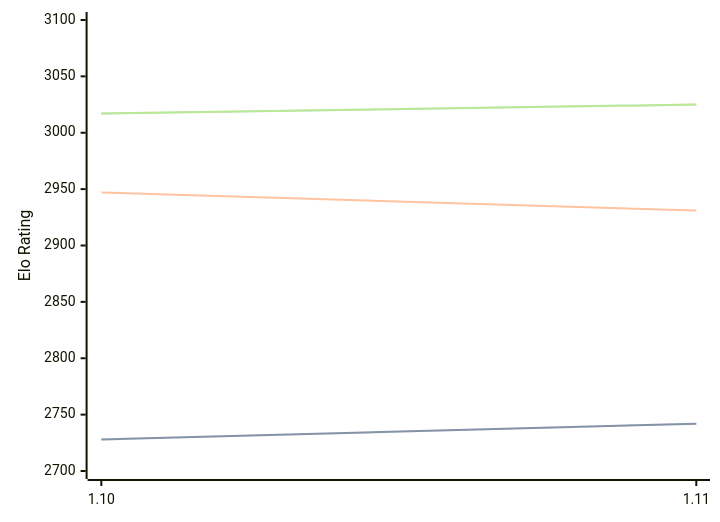
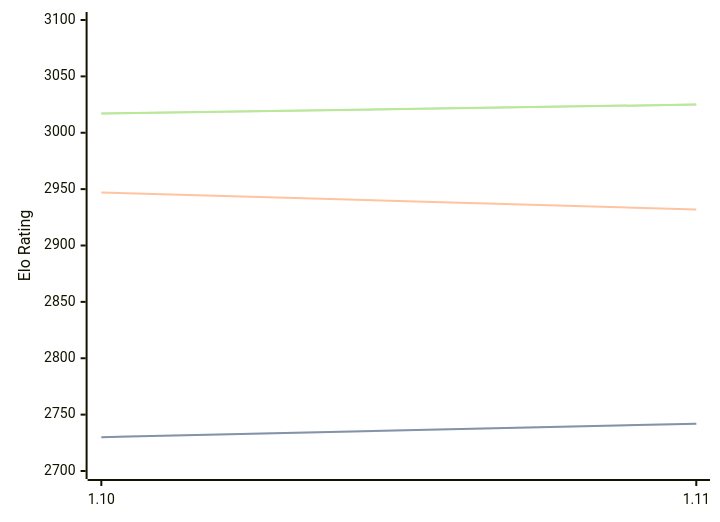
One commit to computer-chess-index/cci changed the first of 3 diagrams in engines/Roc.md. Above: the diagram before and after it, drawn with Mermaid. The commit also changed other lines of this file, not shown here.

````diff
--- a/engines/Roc.md
+++ b/engines/Roc.md
@@ -65,11 +65,11 @@
 ```mermaid
 %%{init: {"theme":"base","themeVariables":{"seriesColors:['#a3a3a3','#222221','#faa371']}}}%%
 xychart-beta
   x-axis ["1.10", "1.11"]
   y-axis "Elo Rating" 2700 --> 3100
-  line "STC (8.0+0.08s)" [2728, 2742]
-  line "STC (8.0+0.08s)" [2728, 2742]
-  line "LTC (60.0+0.60s)" [2947, 2931]
+  line "STC (8.0+0.08s)" [2730, 2742]
+  line "STC (8.0+0.08s)" [2730, 2742]
+  line "LTC (60.0+0.60s)" [2947, 2932]
   line "VLTC (2m24s+1.12s)" [3017, 3025]
   line "VLTC (2m24s+1.12s)" [3017, 3025]
 ```
````
